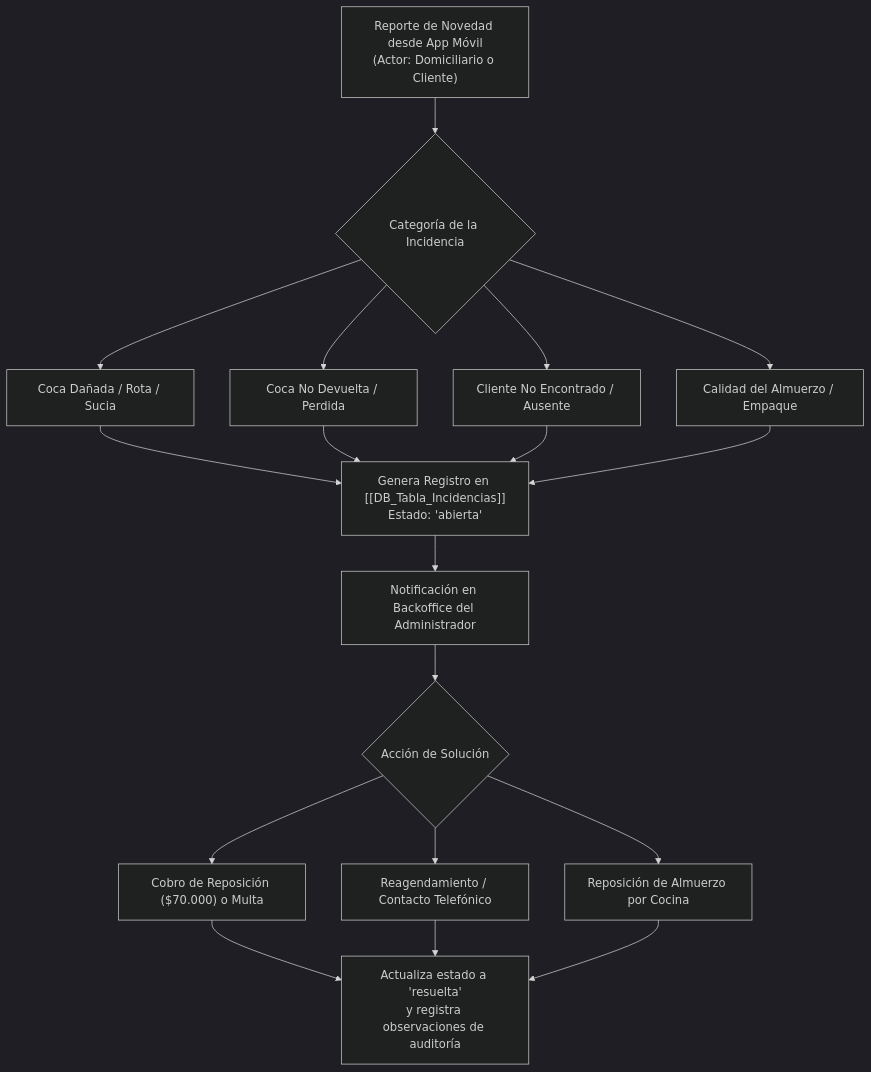
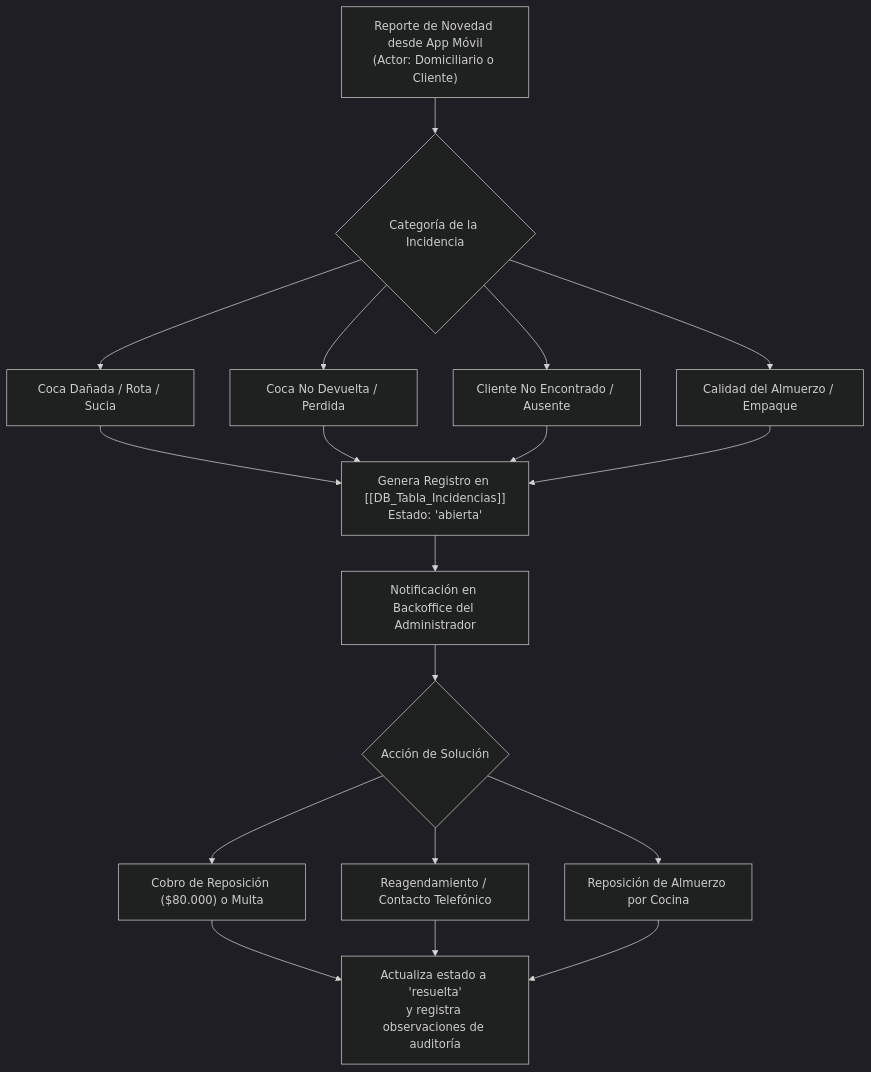
The diagram in 03_Procesos/Documentos/PROC_Gestion_Incidencias.md (alejandrogomezmesa1/analisis), drawn with Mermaid (dark theme) before and after one commit. The commit also changed 46 other files, not shown here.

````diff
--- a/03_Procesos/Documentos/PROC_Gestion_Incidencias.md
+++ b/03_Procesos/Documentos/PROC_Gestion_Incidencias.md
@@ -29,25 +29,25 @@
 ```mermaid
 flowchart TD
     REP["Reporte de Novedad desde App Móvil\n(Actor: Domiciliario o Cliente)"] --> CAT{"Categoría de la Incidencia"}
 
     CAT --> C1["Coca Dañada / Rota / Sucia"]
     CAT --> C2["Coca No Devuelta / Perdida"]
     CAT --> C3["Cliente No Encontrado / Ausente"]
     CAT --> C4["Calidad del Almuerzo / Empaque"]
 
     C1 --> REG["Genera Registro en [[DB_Tabla_Incidencias]]\nEstado: 'abierta'"]
     C2 --> REG
     C3 --> REG
     C4 --> REG
 
     REG --> TICKET["Notificación en Backoffice del Administrador"]
     TICKET --> SOL{"Acción de Solución"}
 
-    SOL --> S1["Cobro de Reposición ($70.000) o Multa"]
+    SOL --> S1["Cobro de Reposición ($80.000) o Multa"]
     SOL --> S2["Reagendamiento / Contacto Telefónico"]
     SOL --> S3["Reposición de Almuerzo por Cocina"]
 
     S1 --> CLOSE["Actualiza estado a 'resuelta'\ny registra observaciones de auditoría"]
     S2 --> CLOSE
     S3 --> CLOSE
 ```
````
